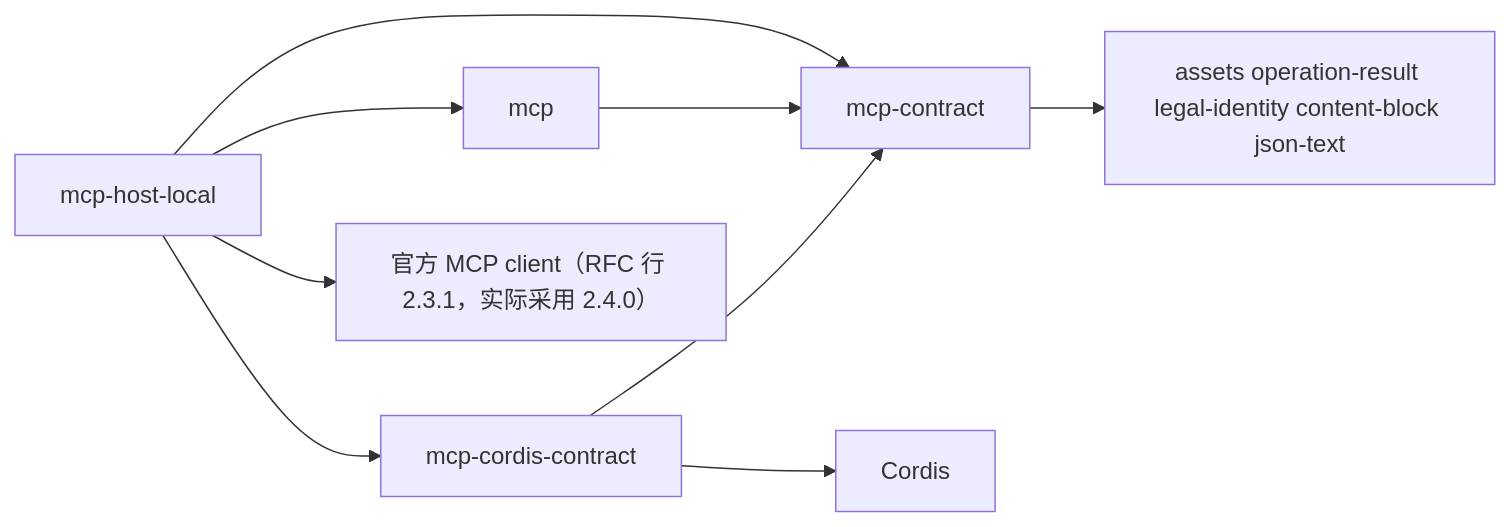
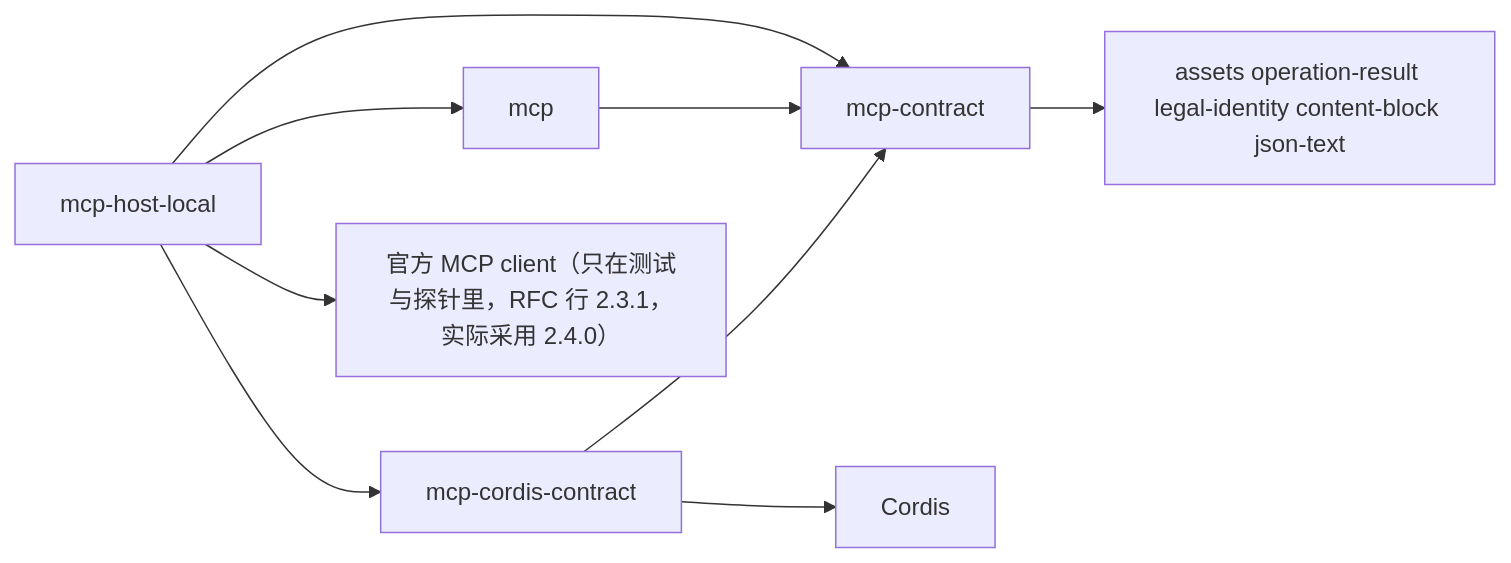
One commit to nemori-ai/omne-harness-lite changed the diagram in packages/mcp/README.md. Above: the diagram before and after it, drawn with Mermaid. The commit also changed other lines of this file and 6 other files, not shown here.

First line of the commit message:
docs(mcp): 组页与入口页的 SDK 复用句、传输行、清单变化通知、条款链接对齐现状（#1119）

````diff
--- a/packages/mcp/README.md
+++ b/packages/mcp/README.md
@@ -24,11 +24,11 @@
 ```mermaid
 flowchart LR
     hostLocal[mcp-host-local] --> mcp[mcp]
     hostLocal --> cordisContract[mcp-cordis-contract]
     hostLocal --> contract[mcp-contract]
-    hostLocal --> sdk["官方 MCP client（RFC 行 2.3.1，实际采用 2.4.0）"]
+    hostLocal --> sdk["官方 MCP client（只在测试与探针里，RFC 行 2.3.1，实际采用 2.4.0）"]
     mcp --> contract
     cordisContract --> contract
     cordisContract --> cordis[Cordis]
     contract --> common[assets operation-result legal-identity content-block json-text]
 ```
````
